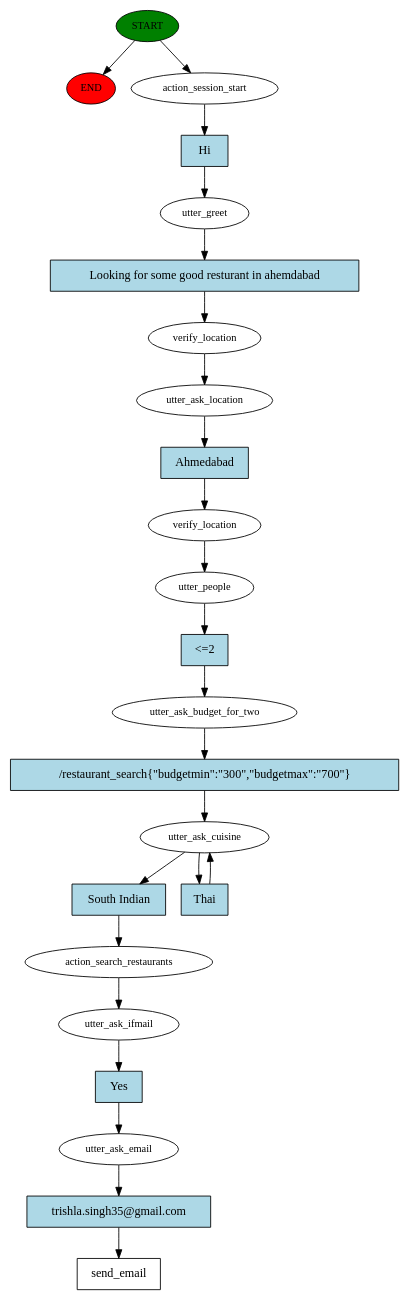
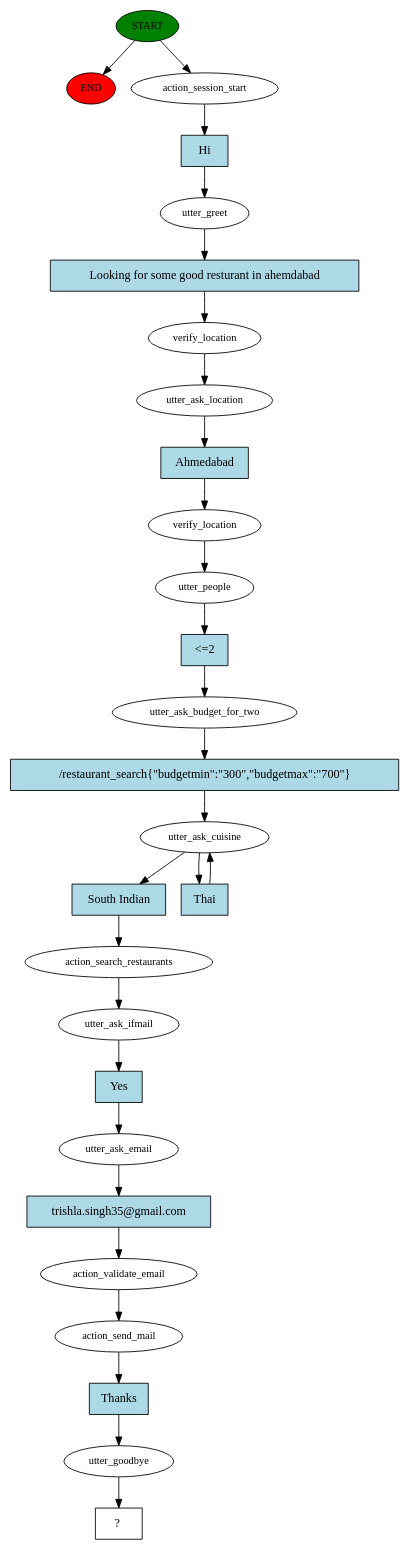
Before and after one commit to RakeshKumar045/Restaurant_Rasa_Chatbot_Python: the diagram in story_graph.dot, drawn with Graphviz. The commit also changed 3 other files, not shown here.

```diff
--- a/story_graph.dot
+++ b/story_graph.dot
@@ -1,48 +1,56 @@
 digraph  {
 0 [class="start active", fillcolor=green, fontsize=12, label=START, style=filled];
 "-1" [class=end, fillcolor=red, fontsize=12, label=END, style=filled];
 1 [class=active, fontsize=12, label=action_session_start];
 2 [class=active, fontsize=12, label=utter_greet];
 3 [class=active, fontsize=12, label=verify_location];
 4 [class=active, fontsize=12, label=utter_ask_location];
 5 [class=active, fontsize=12, label=verify_location];
 6 [class=active, fontsize=12, label=utter_people];
 7 [class=active, fontsize=12, label=utter_ask_budget_for_two];
 8 [class=active, fontsize=12, label=utter_ask_cuisine];
 10 [class=active, fontsize=12, label=action_search_restaurants];
 11 [class=active, fontsize=12, label=utter_ask_ifmail];
 12 [class=active, fontsize=12, label=utter_ask_email];
-13 [class="intent dashed active", label=send_email, shape=rect];
-14 [class="intent active", fillcolor=lightblue, label=Hi, shape=rect, style=filled];
-15 [class="intent active", fillcolor=lightblue, label="Looking for some good resturant in ahemdabad", shape=rect, style=filled];
-16 [class="intent active", fillcolor=lightblue, label=Ahmedabad, shape=rect, style=filled];
-17 [class="intent active", fillcolor=lightblue, label="<=2", shape=rect, style=filled];
-18 [class="intent active", fillcolor=lightblue, label="/restaurant_search{\"budgetmin\":\"300\",\"budgetmax\":\"700\"}", shape=rect, style=filled];
-19 [class="intent active", fillcolor=lightblue, label="South Indian", shape=rect, style=filled];
-20 [class="intent active", fillcolor=lightblue, label=Thai, shape=rect, style=filled];
-21 [class="intent active", fillcolor=lightblue, label=Yes, shape=rect, style=filled];
-22 [class="intent active", fillcolor=lightblue, label="trishla.singh35@gmail.com", shape=rect, style=filled];
+13 [class=active, fontsize=12, label=action_validate_email];
+14 [class=active, fontsize=12, label=action_send_mail];
+15 [class=active, fontsize=12, label=utter_goodbye];
+16 [class="intent dashed active", label="  ?  ", shape=rect];
+17 [class="intent active", fillcolor=lightblue, label=Hi, shape=rect, style=filled];
+18 [class="intent active", fillcolor=lightblue, label="Looking for some good resturant in ahemdabad", shape=rect, style=filled];
+19 [class="intent active", fillcolor=lightblue, label=Ahmedabad, shape=rect, style=filled];
+20 [class="intent active", fillcolor=lightblue, label="<=2", shape=rect, style=filled];
+21 [class="intent active", fillcolor=lightblue, label="/restaurant_search{\"budgetmin\":\"300\",\"budgetmax\":\"700\"}", shape=rect, style=filled];
+22 [class="intent active", fillcolor=lightblue, label="South Indian", shape=rect, style=filled];
+23 [class="intent active", fillcolor=lightblue, label=Thai, shape=rect, style=filled];
+24 [class="intent active", fillcolor=lightblue, label=Yes, shape=rect, style=filled];
+25 [class="intent active", fillcolor=lightblue, label="trishla.singh35@gmail.com", shape=rect, style=filled];
+26 [class="intent active", fillcolor=lightblue, label=Thanks, shape=rect, style=filled];
 0 -> "-1"  [class="", key=NONE, label=""];
 0 -> 1  [class=active, key=NONE, label=""];
-1 -> 14  [class=active, key=0];
-2 -> 15  [class=active, key=0];
+1 -> 17  [class=active, key=0];
+2 -> 18  [class=active, key=0];
 3 -> 4  [class=active, key=NONE, label=""];
-4 -> 16  [class=active, key=0];
+4 -> 19  [class=active, key=0];
 5 -> 6  [class=active, key=NONE, label=""];
-6 -> 17  [class=active, key=0];
-7 -> 18  [class=active, key=0];
-8 -> 19  [class=active, key=0];
-8 -> 20  [class=active, key=0];
+6 -> 20  [class=active, key=0];
+7 -> 21  [class=active, key=0];
+8 -> 22  [class=active, key=0];
+8 -> 23  [class=active, key=0];
 10 -> 11  [class=active, key=NONE, label=""];
-11 -> 21  [class=active, key=0];
-12 -> 22  [class=active, key=0];
-14 -> 2  [class=active, key=0];
-15 -> 3  [class=active, key=0];
-16 -> 5  [class=active, key=0];
-17 -> 7  [class=active, key=0];
-18 -> 8  [class=active, key=0];
-19 -> 10  [class=active, key=0];
-20 -> 8  [class=active, key=0];
-21 -> 12  [class=active, key=0];
-22 -> 13  [class=active, key=0];
+11 -> 24  [class=active, key=0];
+12 -> 25  [class=active, key=0];
+13 -> 14  [class=active, key=NONE, label=""];
+14 -> 26  [class=active, key=0];
+15 -> 16  [class=active, key=NONE, label=""];
+17 -> 2  [class=active, key=0];
+18 -> 3  [class=active, key=0];
+19 -> 5  [class=active, key=0];
+20 -> 7  [class=active, key=0];
+21 -> 8  [class=active, key=0];
+22 -> 10  [class=active, key=0];
+23 -> 8  [class=active, key=0];
+24 -> 12  [class=active, key=0];
+25 -> 13  [class=active, key=0];
+26 -> 15  [class=active, key=0];
 }
```
